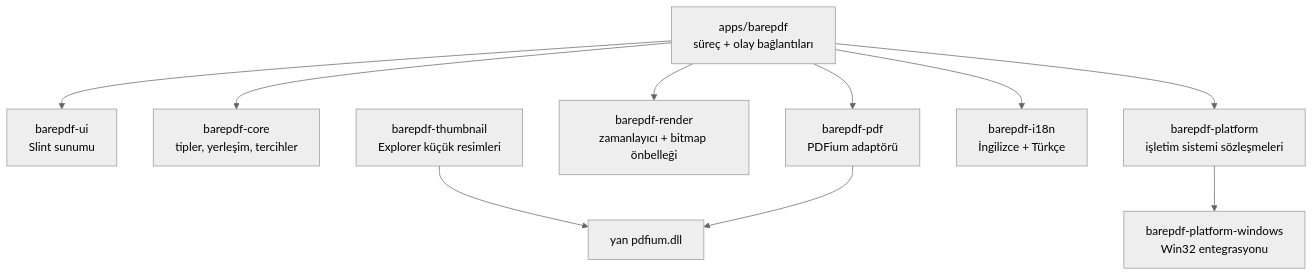
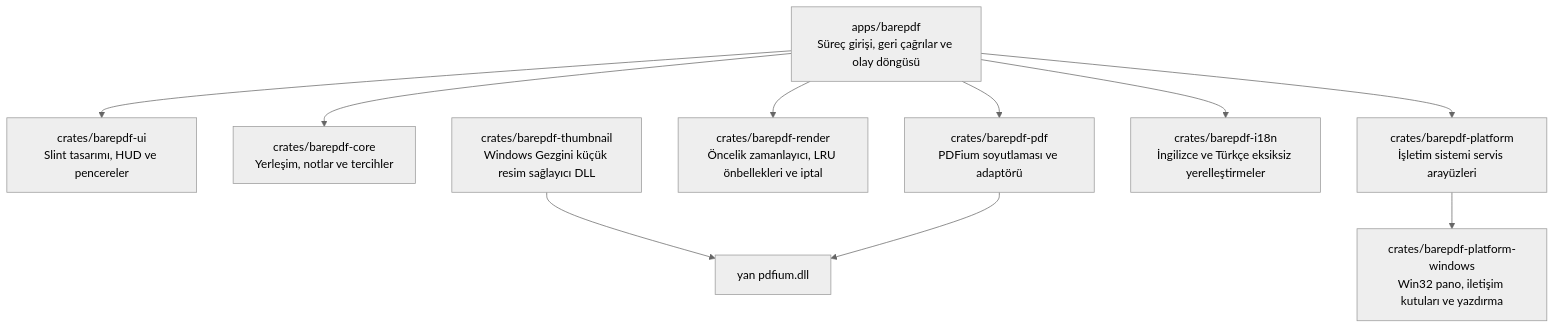
One commit to Woffluon/BarePDF changed the diagram in README.tr.md. Above: the diagram before and after it, drawn with Mermaid (neutral theme). The commit also changed other lines of this file and 59 other files, not shown here.

````diff
--- a/README.tr.md
+++ b/README.tr.md
@@ -236,12 +187,12 @@
-~~~mermaid
+```mermaid
 flowchart TD
-    APP["apps/barepdf<br/>süreç + olay bağlantıları"] --> UI["barepdf-ui<br/>Slint sunumu"]
-    APP --> CORE["barepdf-core<br/>tipler, yerleşim, tercihler"]
-    APP --> PDF["barepdf-pdf<br/>PDFium adaptörü"]
-    APP --> RENDER["barepdf-render<br/>zamanlayıcı + bitmap önbelleği"]
-    APP --> PLATFORM["barepdf-platform<br/>işletim sistemi sözleşmeleri"]
-    PLATFORM --> WIN["barepdf-platform-windows<br/>Win32 entegrasyonu"]
-    APP --> I18N["barepdf-i18n<br/>İngilizce + Türkçe"]
-    THUMB["barepdf-thumbnail<br/>Explorer küçük resimleri"] --> PDFIUM["yan pdfium.dll"]
+    APP["apps/barepdf<br/>Süreç girişi, geri çağrılar ve olay döngüsü"] --> UI["crates/barepdf-ui<br/>Slint tasarımı, HUD ve pencereler"]
+    APP --> CORE["crates/barepdf-core<br/>Yerleşim, notlar ve tercihler"]
+    APP --> PDF["crates/barepdf-pdf<br/>PDFium soyutlaması ve adaptörü"]
+    APP --> RENDER["crates/barepdf-render<br/>Öncelik zamanlayıcı, LRU önbellekleri ve iptal"]
+    APP --> PLATFORM["crates/barepdf-platform<br/>İşletim sistemi servis arayüzleri"]
+    PLATFORM --> WIN["crates/barepdf-platform-windows<br/>Win32 pano, iletişim kutuları ve yazdırma"]
+    APP --> I18N["crates/barepdf-i18n<br/>İngilizce ve Türkçe eksiksiz yerelleştirmeler"]
+    THUMB["crates/barepdf-thumbnail<br/>Windows Gezgini küçük resim sağlayıcı DLL"] --> PDFIUM["yan pdfium.dll"]
     PDF --> PDFIUM
-~~~
+```
````
